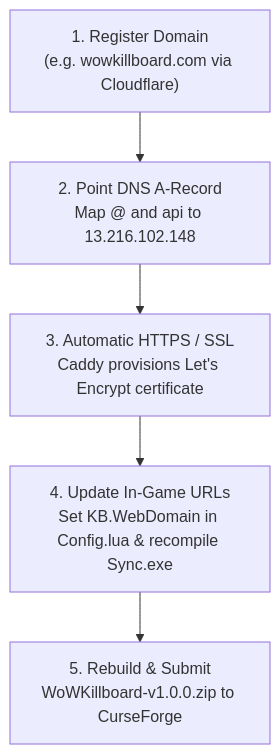
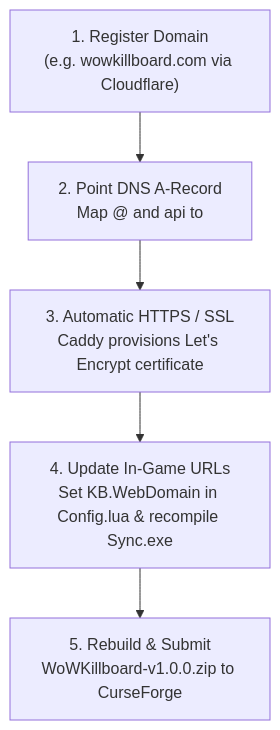
Before and after one commit to dagariane-commits/WoW_Killboard: the diagram in docs/PUBLIC_RELEASE_PLAYBOOK.md, drawn with Mermaid. The commit also changed other lines of this file and 9 other files, not shown here.

````diff
--- a/docs/PUBLIC_RELEASE_PLAYBOOK.md
+++ b/docs/PUBLIC_RELEASE_PLAYBOOK.md
@@ -11,7 +11,7 @@
 ```mermaid
 flowchart TD
-    S1["1. Register Domain\n(e.g. wowkillboard.com via Cloudflare)"] --> S2["2. Point DNS A-Record\nMap @ and api to 13.216.102.148"]
+    S1["1. Register Domain\n(e.g. wowkillboard.com via Cloudflare)"] --> S2["2. Point DNS A-Record\nMap @ and api to <YOUR_VPS_PUBLIC_IP>"]
     S2 --> S3["3. Automatic HTTPS / SSL\nCaddy provisions Let's Encrypt certificate"]
     S3 --> S4["4. Update In-Game URLs\nSet KB.WebDomain in Config.lua & recompile Sync.exe"]
     S4 --> S5["5. Rebuild & Submit\nWoWKillboard-v1.0.0.zip to CurseForge"]
 ```
````
